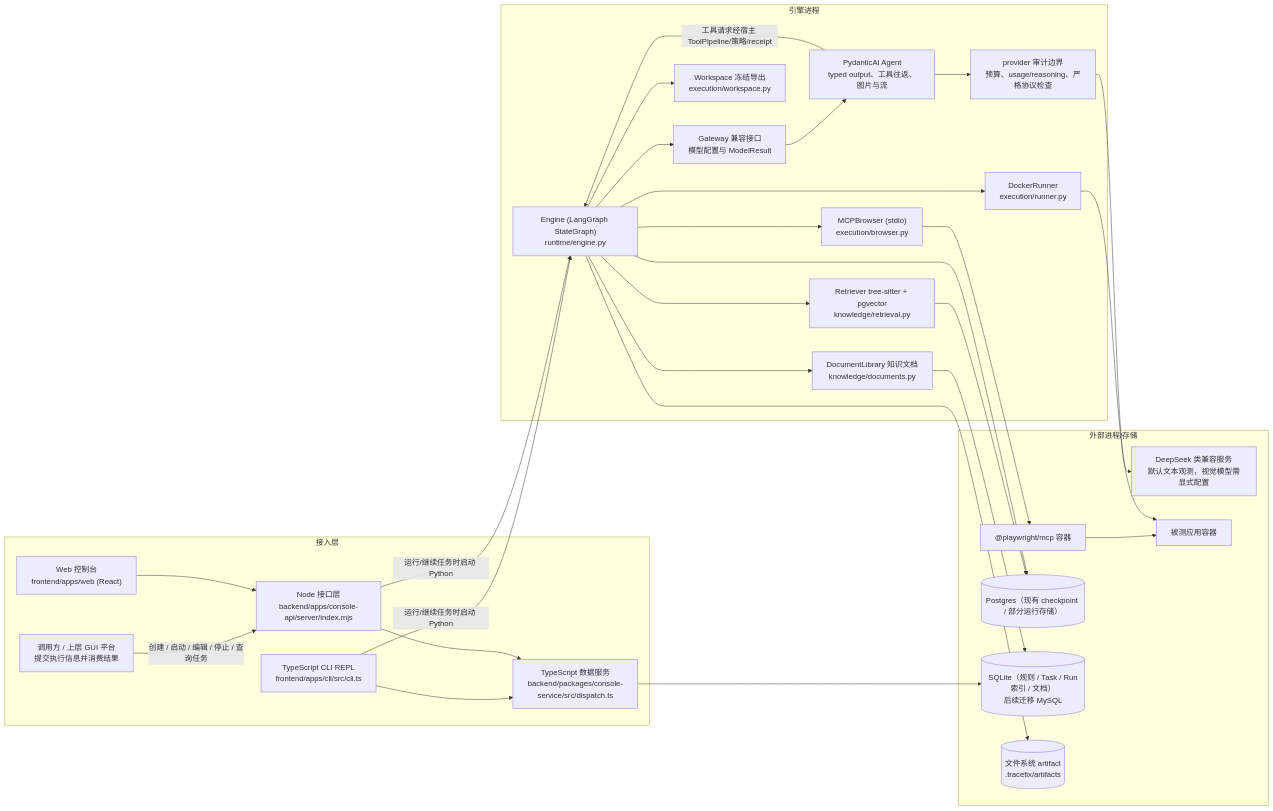
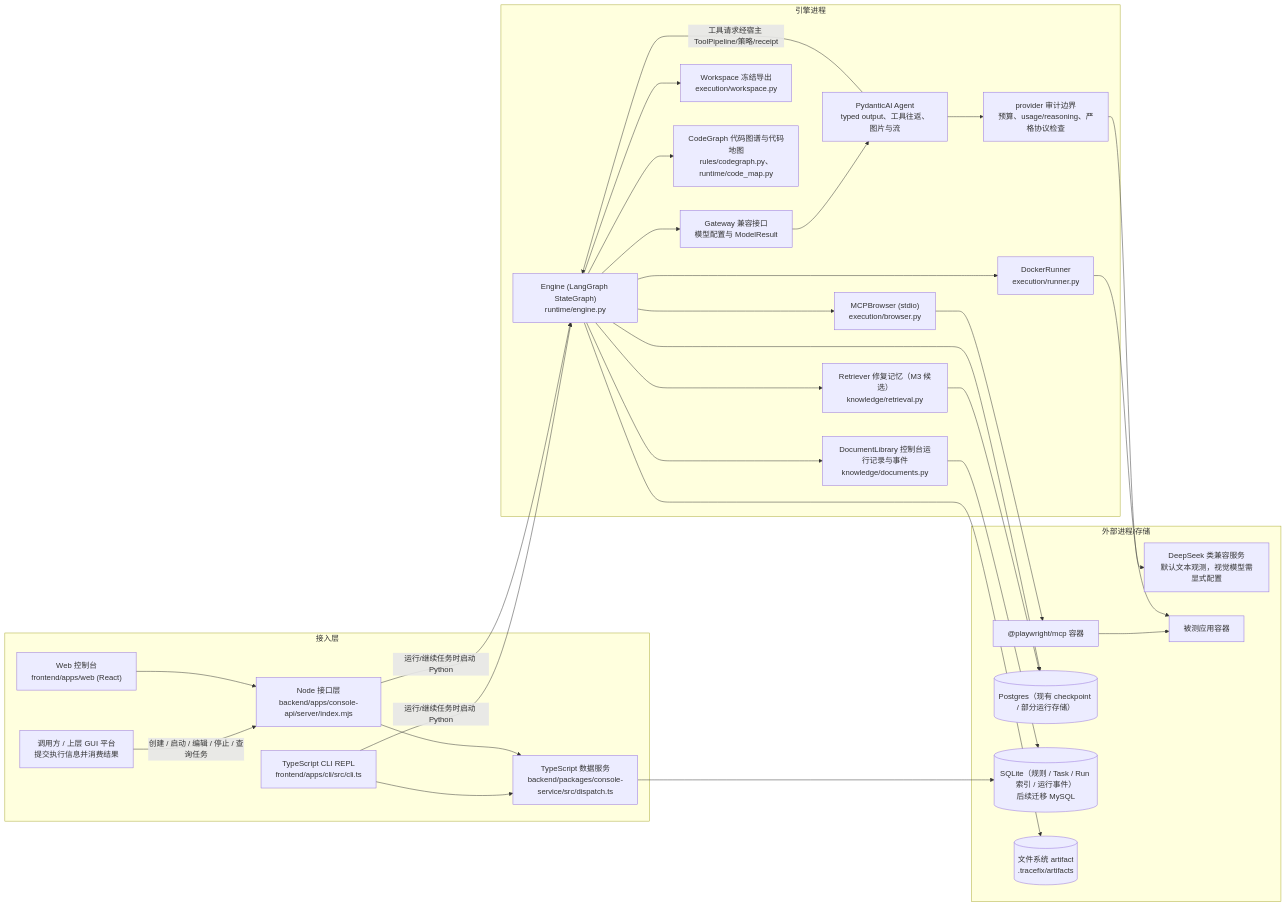
The first of 2 diagrams in docs/产品说明手册/01-系统架构/总体架构.md (BUPTtsy/TraceFix-Agent), drawn with Mermaid before and after one commit. The commit also changed other lines of this file and 78 other files, not shown here.

````diff
--- a/docs/产品说明手册/01-系统架构/总体架构.md
+++ b/docs/产品说明手册/01-系统架构/总体架构.md
@@ -18,43 +18,45 @@
 ```mermaid
 flowchart LR
   subgraph 接入层
     PLATFORM["调用方 / 上层 GUI 平台<br/>提交执行信息并消费结果"]
     CLI["TypeScript CLI REPL<br/>frontend/apps/cli/src/cli.ts"]
     WEB["Web 控制台<br/>frontend/apps/web (React)"]
     NODE["Node 接口层<br/>backend/apps/console-api/server/index.mjs"]
     DATA["TypeScript 数据服务<br/>backend/packages/console-service/src/dispatch.ts"]
   end
   subgraph 引擎进程
     ENG["Engine (LangGraph StateGraph)<br/>runtime/engine.py"]
     GW["Gateway 兼容接口<br/>模型配置与 ModelResult"]
     AI["PydanticAI Agent<br/>typed output、工具往返、图片与流"]
     PROTO["provider 审计边界<br/>预算、usage/reasoning、严格协议检查"]
     BR["MCPBrowser (stdio)<br/>execution/browser.py"]
     RUN["DockerRunner<br/>execution/runner.py"]
     WS["Workspace 冻结导出<br/>execution/workspace.py"]
-    RET["Retriever tree-sitter + pgvector<br/>knowledge/retrieval.py"]
-    DOC["DocumentLibrary 知识文档<br/>knowledge/documents.py"]
+    RET["Retriever 修复记忆（M3 候选）<br/>knowledge/retrieval.py"]
+    DOC["DocumentLibrary 控制台运行记录与事件<br/>knowledge/documents.py"]
+    CG["CodeGraph 代码图谱与代码地图<br/>rules/codegraph.py、runtime/code_map.py"]
   end
   subgraph 外部进程/存储
     LLM["DeepSeek 类兼容服务<br/>默认文本观测，视觉模型需显式配置"]
     PW["@playwright/mcp 容器"]
     APP["被测应用容器"]
     PG[("Postgres（现有 checkpoint / 部分运行存储）")]
-    SQL[("SQLite（规则 / Task / Run索引 / 文档）<br/>后续迁移 MySQL")]
+    SQL[("SQLite（规则 / Task / Run 索引 / 运行事件）<br/>后续迁移 MySQL")]
     FS[("文件系统 artifact<br/>.tracefix/artifacts")]
   end
   PLATFORM -- "创建 / 启动 / 编辑 / 停止 / 查询任务" --> NODE
   CLI --> DATA --> SQL
   CLI -- "运行/继续任务时启动 Python" --> ENG
   WEB --> NODE --> DATA
   NODE -- "运行/继续任务时启动 Python" --> ENG
   ENG --> GW --> AI --> PROTO --> LLM
   AI -- "工具请求经宿主 ToolPipeline/策略/receipt" --> ENG
   ENG --> BR --> PW --> APP
   ENG --> RUN --> APP
   ENG --> WS
   ENG --> RET --> PG
   ENG --> DOC --> SQL
+  ENG --> CG
   ENG --> PG
   ENG --> FS
 ```
````
